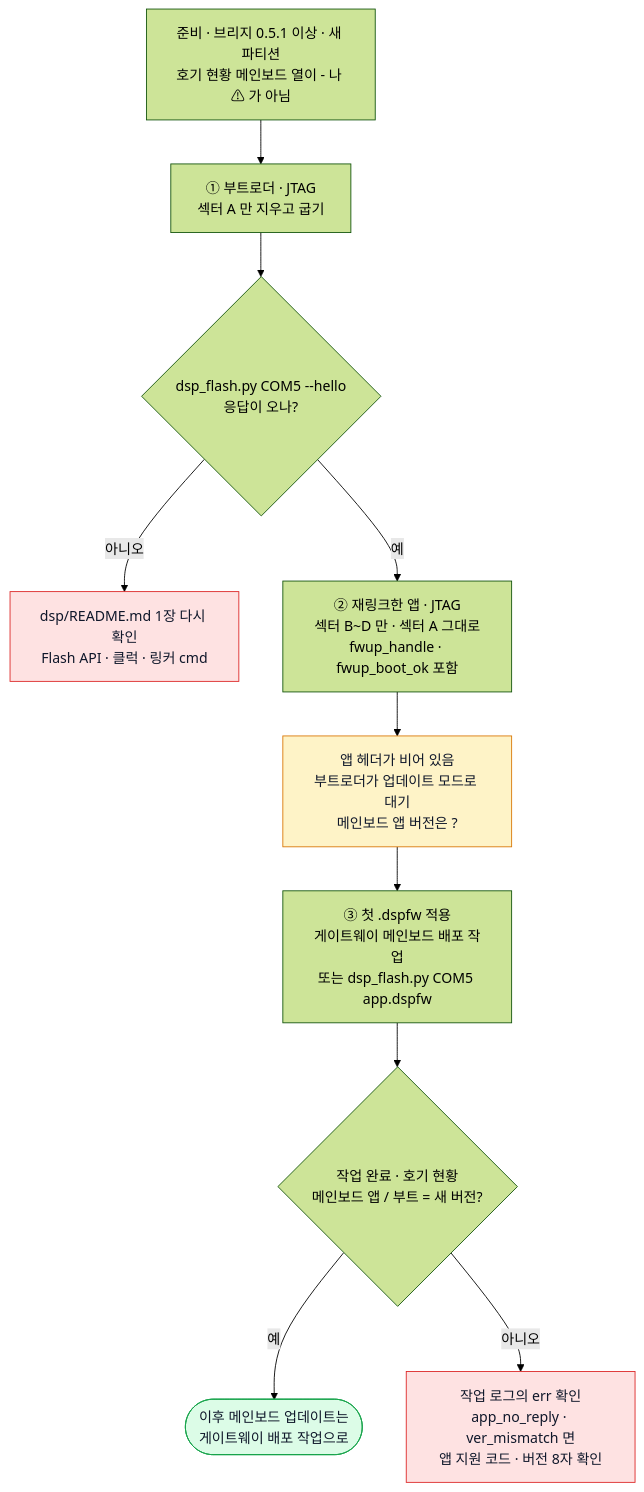
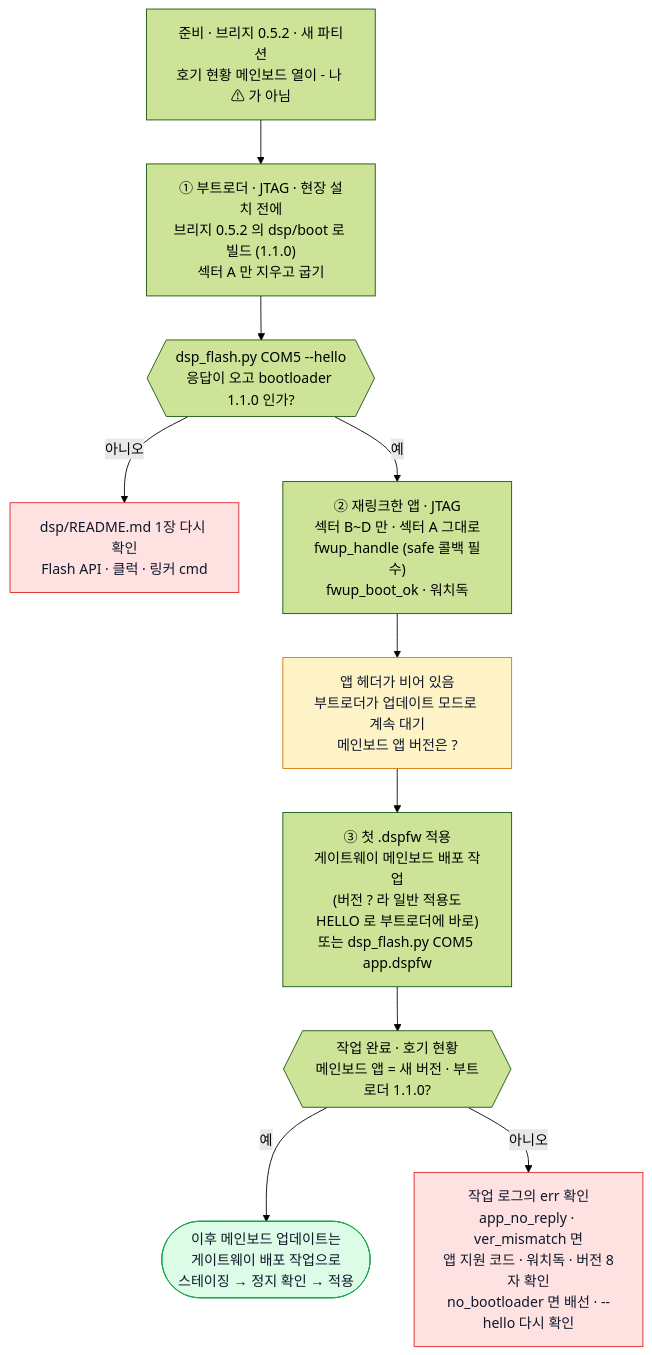
The diagram in docs/diagrams/mainboard-first-install.mmd (Leepy0/AGV_Wifi_Bridge), drawn with Mermaid (forest theme) before and after one commit. The commit also changed 94 other files, not shown here.

First line of the commit message:
v0.5.2: 점검 지적·교차 검토 반영 (메인보드 OTA·부트로더·브리지 공통), 문서 갱신 (#6)

```diff
--- a/docs/diagrams/mainboard-first-install.mmd
+++ b/docs/diagrams/mainboard-first-install.mmd
@@ -1,16 +1,16 @@
 flowchart TD
-  P0["준비 · 브리지 0.5.1 이상 · 새 파티션<br/>호기 현황 메인보드 열이 - 나 ⚠ 가 아님"] --> P1
-  P1["① 부트로더 · JTAG<br/>섹터 A 만 지우고 굽기"] --> C1{"dsp_flash.py COM5 --hello<br/>응답이 오나?"}
+  P0["준비 · 브리지 0.5.2 · 새 파티션<br/>호기 현황 메인보드 열이 - 나 ⚠ 가 아님"] --> P1
+  P1["① 부트로더 · JTAG · 현장 설치 전에<br/>브리지 0.5.2 의 dsp/boot 로 빌드 (1.1.0)<br/>섹터 A 만 지우고 굽기"] --> C1{{"dsp_flash.py COM5 --hello<br/>응답이 오고 bootloader 1.1.0 인가?"}}
   C1 -- 아니오 --> X1["dsp/README.md 1장 다시 확인<br/>Flash API · 클럭 · 링커 cmd"]
-  C1 -- 예 --> P2["② 재링크한 앱 · JTAG<br/>섹터 B~D 만 · 섹터 A 그대로<br/>fwup_handle · fwup_boot_ok 포함"]
-  P2 --> S2["앱 헤더가 비어 있음<br/>부트로더가 업데이트 모드로 대기<br/>메인보드 앱 버전은 ?"]
-  S2 --> P3["③ 첫 .dspfw 적용<br/>게이트웨이 메인보드 배포 작업<br/>또는 dsp_flash.py COM5 app.dspfw"]
-  P3 --> C3{"작업 완료 · 호기 현황<br/>메인보드 앱 / 부트 = 새 버전?"}
-  C3 -- 예 --> OK(["이후 메인보드 업데이트는<br/>게이트웨이 배포 작업으로"])
-  C3 -- 아니오 --> X3["작업 로그의 err 확인<br/>app_no_reply · ver_mismatch 면<br/>앱 지원 코드 · 버전 8자 확인"]
+  C1 -- 예 --> P2["② 재링크한 앱 · JTAG<br/>섹터 B~D 만 · 섹터 A 그대로<br/>fwup_handle (safe 콜백 필수)<br/>fwup_boot_ok · 워치독"]
+  P2 --> S2["앱 헤더가 비어 있음<br/>부트로더가 업데이트 모드로 계속 대기<br/>메인보드 앱 버전은 ?"]
+  S2 --> P3["③ 첫 .dspfw 적용<br/>게이트웨이 메인보드 배포 작업<br/>(버전 ? 라 일반 적용도<br/>HELLO 로 부트로더에 바로)<br/>또는 dsp_flash.py COM5 app.dspfw"]
+  P3 --> C3{{"작업 완료 · 호기 현황<br/>메인보드 앱 = 새 버전 · 부트로더 1.1.0?"}}
+  C3 -- 예 --> OK(["이후 메인보드 업데이트는<br/>게이트웨이 배포 작업으로<br/>스테이징 → 정지 확인 → 적용"])
+  C3 -- 아니오 --> X3["작업 로그의 err 확인<br/>app_no_reply · ver_mismatch 면<br/>앱 지원 코드 · 워치독 · 버전 8자 확인<br/>no_bootloader 면 배선 · --hello 다시 확인"]
   classDef ok fill:#dcfce7,stroke:#16a34a,color:#0f172a
   classDef bad fill:#fee2e2,stroke:#dc2626,color:#0f172a
   classDef wait fill:#fef3c7,stroke:#d97706,color:#0f172a
   class OK ok
   class X1,X3 bad
   class S2 wait
```
